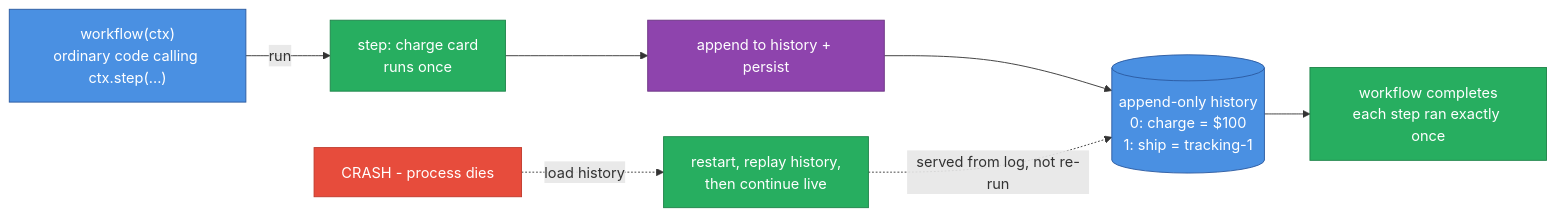
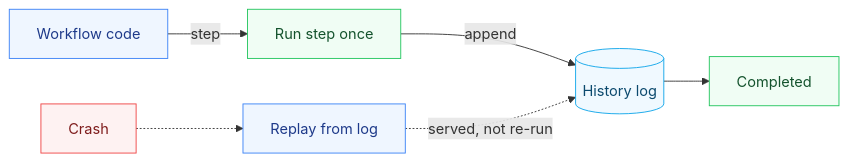
Before and after one commit to parag-labs/durable-execution: the diagram in README.md, drawn with Mermaid.

Commit message:
Simplify the README diagram: short labels, softer palette

````diff
--- a/README.md
+++ b/README.md
@@ -53,17 +53,15 @@
 ```mermaid
 flowchart LR
-  classDef proc fill:#4a90e2,stroke:#2c5aa0,color:#fff
-  classDef good fill:#27ae60,stroke:#1e8449,color:#fff
-  classDef bad fill:#e74c3c,stroke:#c0392b,color:#fff
-  classDef work fill:#8e44ad,stroke:#6c3483,color:#fff
-  WF["workflow(ctx)<br/>ordinary code calling ctx.step(...)"]:::proc
-  STEP["step: charge card<br/>runs once"]:::good
-  APP["append to history + persist"]:::work
-  LOG[("append-only history<br/>0: charge = $100<br/>1: ship = tracking-1")]:::proc
-  DONE["workflow completes<br/>each step ran exactly once"]:::good
-  CRASH["CRASH - process dies"]:::bad
-  REPLAY["restart, replay history,<br/>then continue live"]:::good
-  WF -->|run| STEP --> APP --> LOG --> DONE
-  CRASH -. load history .-> REPLAY
-  REPLAY -. served from log, not re-run .-> LOG
+  classDef proc fill:#eff6ff,stroke:#3b82f6,color:#1e3a8a
+  classDef good fill:#f0fdf4,stroke:#22c55e,color:#14532d
+  classDef bad fill:#fef2f2,stroke:#ef4444,color:#7f1d1d
+  classDef store fill:#f0f9ff,stroke:#0ea5e9,color:#0c4a6e
+  WF["Workflow code"]:::proc
+  STEP["Run step once"]:::good
+  LOG[("History log")]:::store
+  DONE["Completed"]:::good
+  CRASH["Crash"]:::bad
+  REPLAY["Replay from log"]:::proc
+  WF -->|step| STEP -->|append| LOG --> DONE
+  CRASH -.-> REPLAY -.->|served, not re-run| LOG
 ```
````
